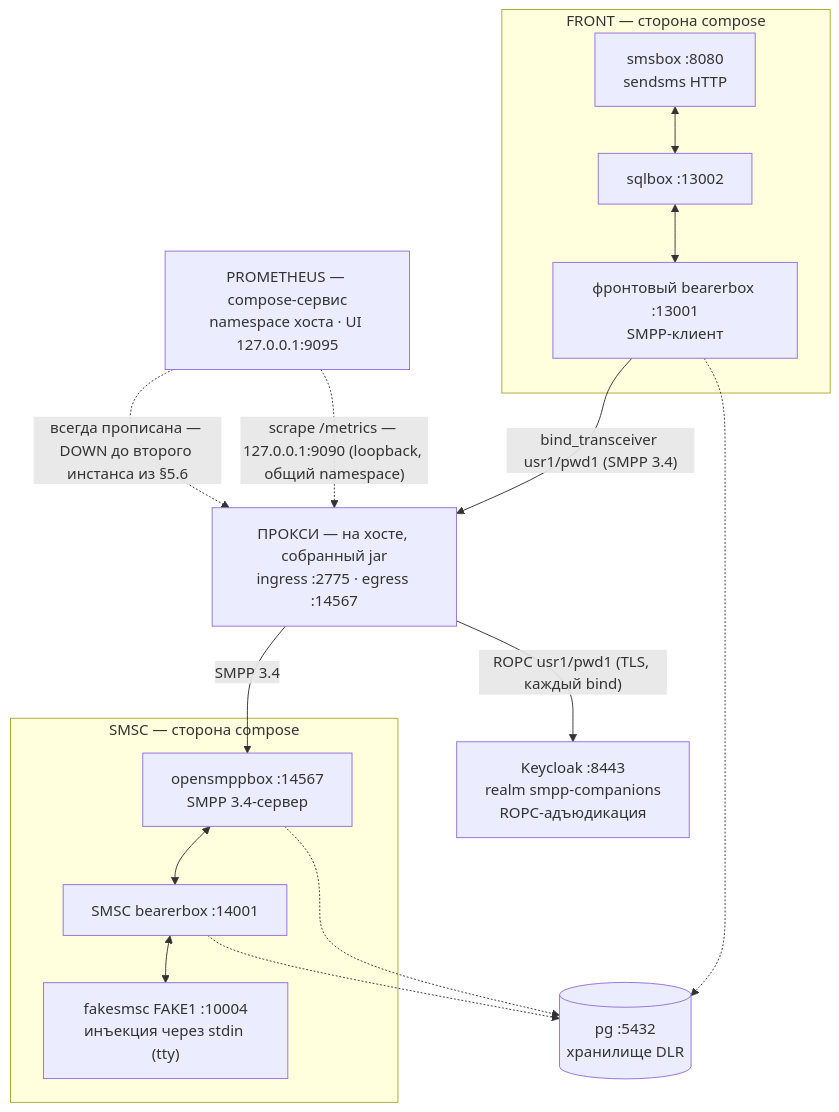
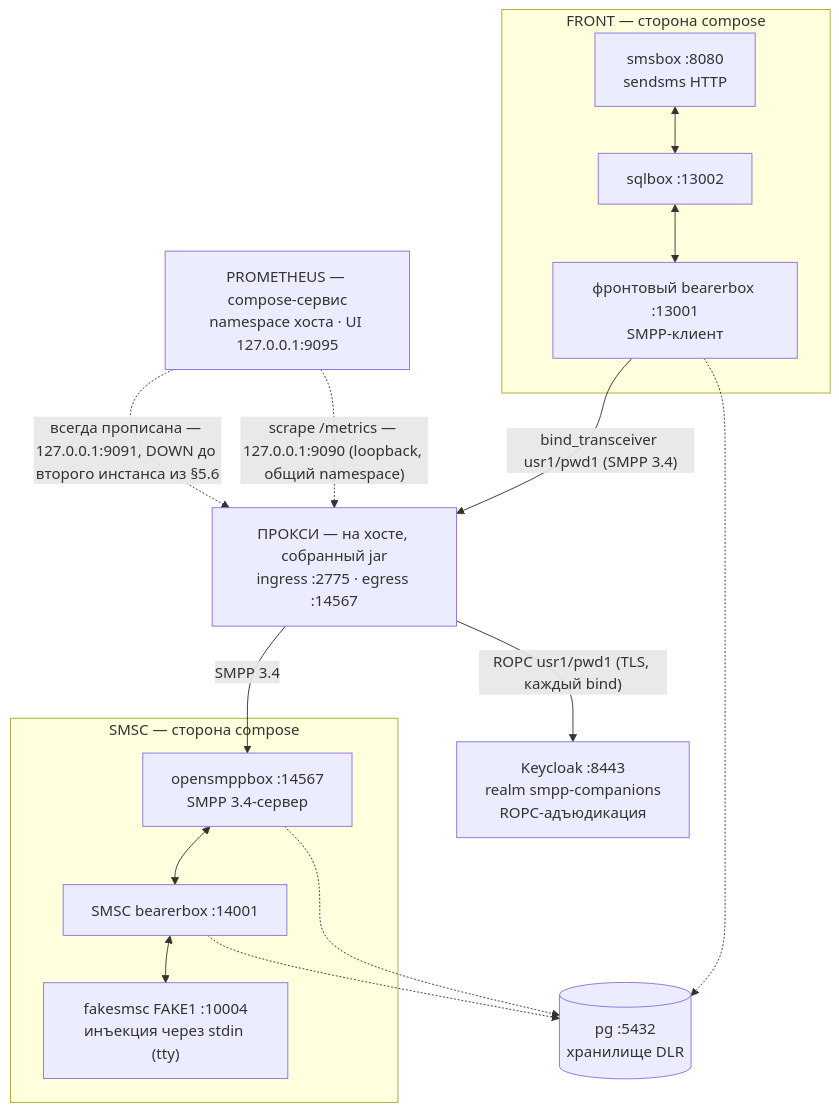
The diagram in sandbox/README.ru.md (ildarsharafutdinov/smpp-companions), drawn with Mermaid before and after one commit. The commit also changed other lines of this file and 5 other files, not shown here.

````diff
--- a/sandbox/README.ru.md
+++ b/sandbox/README.ru.md
@@ -65,33 +65,33 @@
 ```mermaid
 flowchart TD
     subgraph front["FRONT — сторона compose"]
         smsbox["smsbox :8080<br/>sendsms HTTP"]
         sqlbox["sqlbox :13002"]
         fbearer["фронтовый bearerbox :13001<br/>SMPP-клиент"]
     end
 
     proxy["ПРОКСИ — на хосте, собранный jar<br/>ingress :2775 · egress :14567"]
 
     subgraph smsc["SMSC — сторона compose"]
         osmpp["opensmppbox :14567<br/>SMPP 3.4-сервер"]
         sbearer["SMSC bearerbox :14001"]
         fake["fakesmsc FAKE1 :10004<br/>инъекция через stdin (tty)"]
     end
 
     keycloak["Keycloak :8443<br/>realm smpp-companions<br/>ROPC-адъюдикация"]
     pg[("pg :5432<br/>хранилище DLR")]
     prom["PROMETHEUS — compose-сервис<br/>namespace хоста · UI 127.0.0.1:9095"]
 
     smsbox <--> sqlbox
     sqlbox <--> fbearer
     fbearer -- "bind_transceiver usr1/pwd1 (SMPP 3.4)" --> proxy
     proxy -- "ROPC usr1/pwd1 (TLS, каждый bind)" --> keycloak
     proxy -- "SMPP 3.4" --> osmpp
     osmpp <--> sbearer
     sbearer <--> fake
     fbearer -.-> pg
     osmpp -.-> pg
     sbearer -.-> pg
     prom -.->|"scrape /metrics — 127.0.0.1:9090 (loopback, общий namespace)"| proxy
-    prom -.->|"всегда прописана — DOWN до второго инстанса из §5.6"| proxy
+    prom -.->|"всегда прописана — 127.0.0.1:9091, DOWN до второго инстанса из §5.6"| proxy
 ```
````
